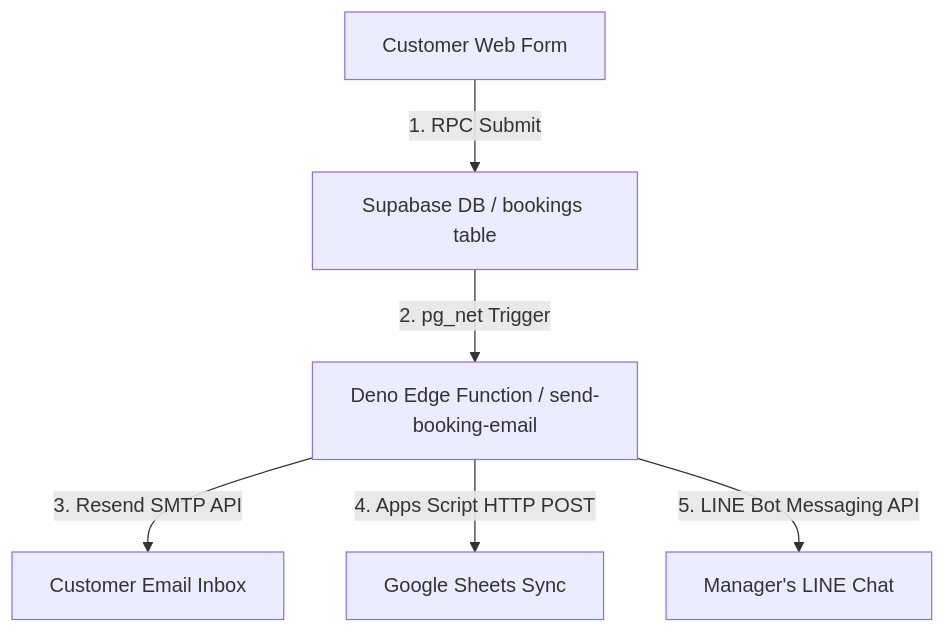
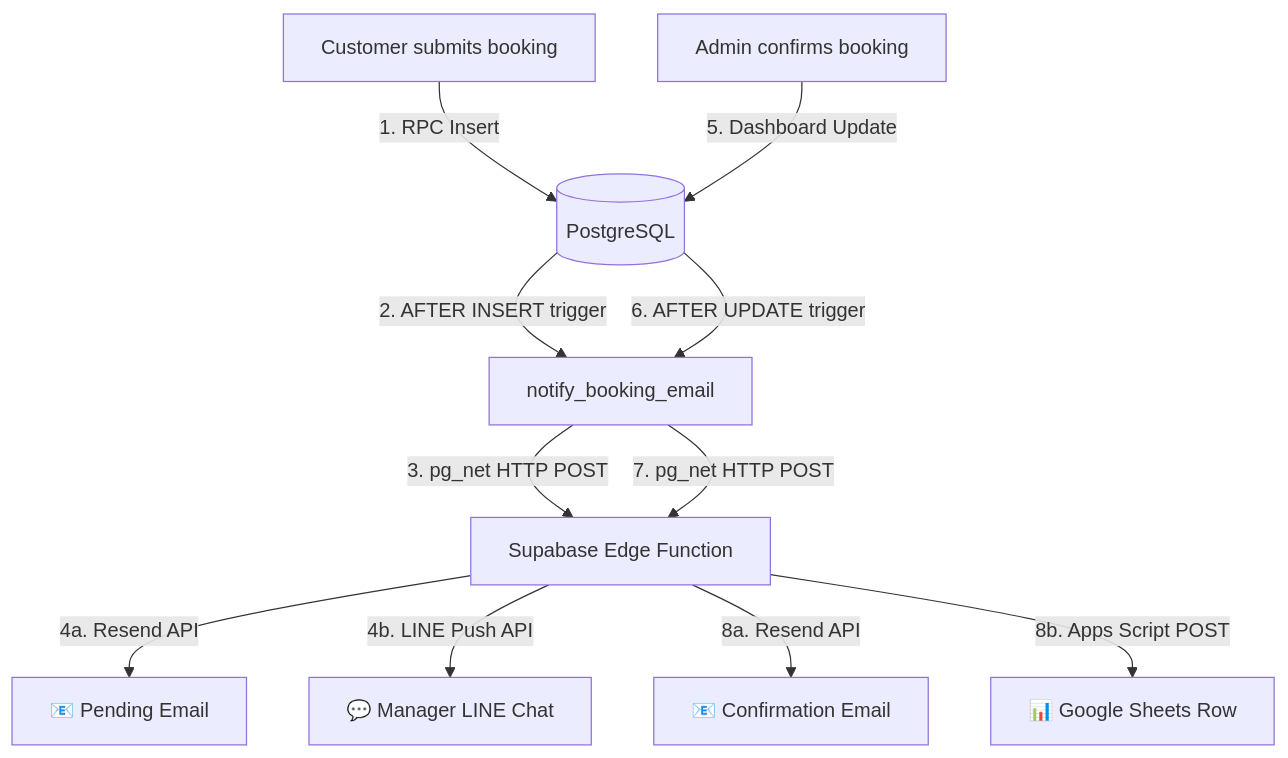
Before and after one commit to minzawkhan/buenos-mexican: the fifth of 5 diagrams in README.md, drawn with Mermaid. The commit also changed other lines of this file and 100 other files, not shown here.

Commit message:
WIP: Admin auth, dashboard polish, RLS fix, newsletter editor, UI improvements

````diff
--- a/README.md
+++ b/README.md
@@ -25,8 +476,14 @@
 ```mermaid
 graph TD
-    User[Customer Web Form] -->|1. RPC Submit| Supabase[Supabase DB / bookings table]
-    Supabase -->|2. pg_net Trigger| EdgeFunction[Deno Edge Function / send-booking-email]
-    EdgeFunction -->|3. Resend SMTP API| Customer[Customer Email Inbox]
-    EdgeFunction -->|4. Apps Script HTTP POST| GoogleSheet[Google Sheets Sync]
-    EdgeFunction -->|5. LINE Bot Messaging API| LineGroup[Manager's LINE Chat]
+    A[Customer submits booking] -->|1. RPC Insert| B[(PostgreSQL)]
+    B -->|2. AFTER INSERT trigger| C[notify_booking_email]
+    C -->|3. pg_net HTTP POST| D[Supabase Edge Function]
+    D -->|4a. Resend API| E[📧 Pending Email]
+    D -->|4b. LINE Push API| F[💬 Manager LINE Chat]
+
+    H[Admin confirms booking] -->|5. Dashboard Update| B
+    B -->|6. AFTER UPDATE trigger| C
+    C -->|7. pg_net HTTP POST| D
+    D -->|8a. Resend API| I[📧 Confirmation Email]
+    D -->|8b. Apps Script POST| G[📊 Google Sheets Row]
 ```
````
